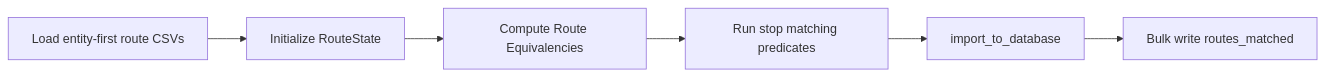
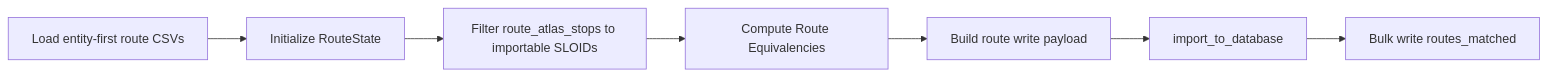
One commit to openTdataCH/stop_sync_osm_atlas changed the first of 2 diagrams in documentation/1.4 Route-Route Matching.md. Above: the diagram before and after it, drawn with Mermaid. The commit also changed other lines of this file and 39 other files, not shown here.

````diff
--- a/documentation/1.4 Route-Route Matching.md
+++ b/documentation/1.4 Route-Route Matching.md
@@ -14,8 +14,9 @@
 ```mermaid
 flowchart LR
     A[Load entity-first route CSVs] --> B[Initialize RouteState]
-    B --> C[Compute Route Equivalencies]
-    C --> D[Run stop matching predicates]
-    D --> E[import_to_database]
-    E --> F[Bulk write routes_matched]
+   B --> C[Filter route_atlas_stops to importable SLOIDs]
+   C --> D[Compute Route Equivalencies]
+   D --> E[Build route write payload]
+   E --> F[import_to_database]
+   F --> G[Bulk write routes_matched]
 ```
````
